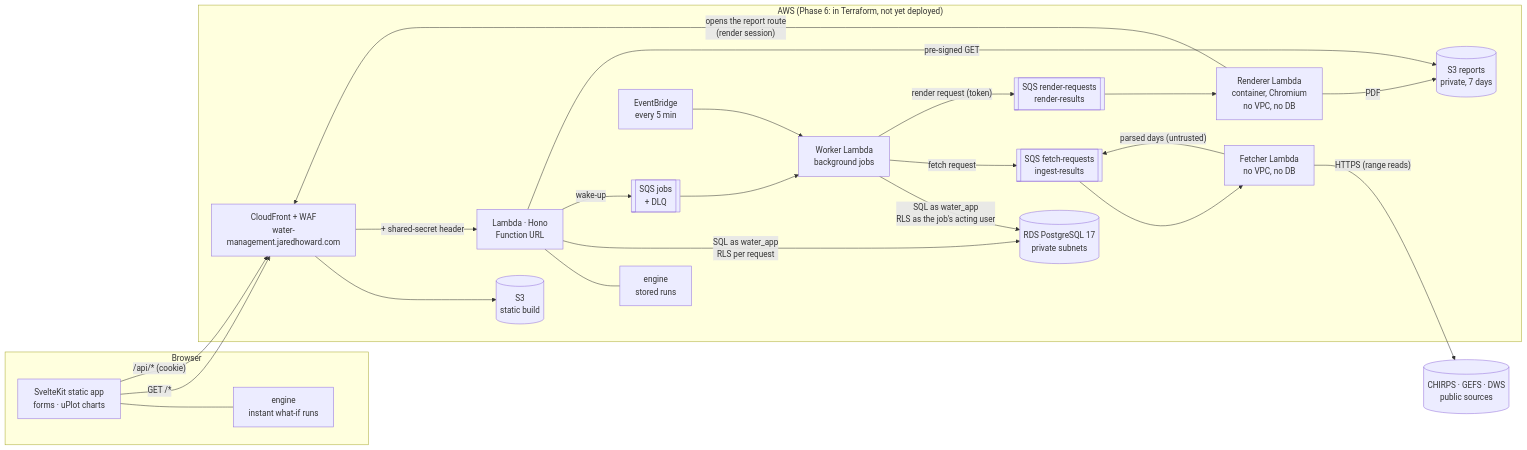
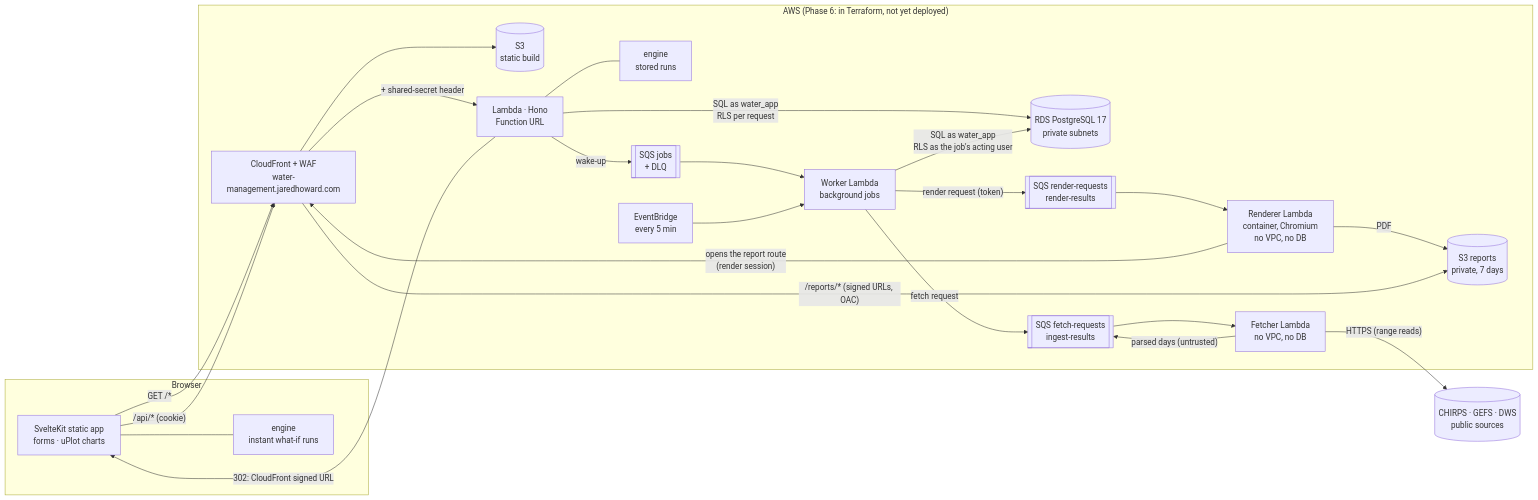
The first of 4 diagrams in docs/architecture.md (Absence0760/project-water-management), drawn with Mermaid before and after one commit. The commit also changed other lines of this file and 5 other files, not shown here.

First line of the commit message:
docs: report downloads go through CloudFront signed URLs

````diff
--- a/docs/architecture.md
+++ b/docs/architecture.md
@@ -10,40 +10,41 @@
 ```mermaid
 flowchart LR
   subgraph Browser
     UI[SvelteKit static app<br/>forms · uPlot charts]
     EB[engine<br/>instant what-if runs]
     UI --- EB
   end
 
   subgraph AWS["AWS (Phase 6: in Terraform, not yet deployed)"]
     CF[CloudFront + WAF<br/>water-management.jaredhoward.com]
     S3[(S3<br/>static build)]
     L[Lambda · Hono<br/>Function URL]
     EL[engine<br/>stored runs]
     DB[(RDS PostgreSQL 17<br/>private subnets)]
     Q[[SQS jobs<br/>+ DLQ]]
     T[EventBridge<br/>every 5 min]
     W[Worker Lambda<br/>background jobs]
     FQ[[SQS fetch-requests<br/>ingest-results]]
     FL[Fetcher Lambda<br/>no VPC, no DB]
     RQ[[SQS render-requests<br/>render-results]]
     RL[Renderer Lambda<br/>container, Chromium<br/>no VPC, no DB]
     RB[(S3 reports<br/>private, 7 days)]
     L --- EL
   end
   SRC[(CHIRPS · GEFS · DWS<br/>public sources)]
 
   UI -- "GET /*" --> CF --> S3
   UI -- "/api/* (cookie)" --> CF -- "+ shared-secret header" --> L
   L -- "SQL as water_app<br/>RLS per request" --> DB
   L -- "wake-up" --> Q --> W
   T --> W
   W -- "SQL as water_app<br/>RLS as the job's acting user" --> DB
   W -- "fetch request" --> FQ --> FL
   FL -- "HTTPS (range reads)" --> SRC
   FL -- "parsed days (untrusted)" --> FQ
   W -- "render request (token)" --> RQ --> RL
   RL -- "opens the report route<br/>(render session)" --> CF
   RL -- "PDF" --> RB
-  L -- "pre-signed GET" --> RB
+  L -- "302: CloudFront signed URL" --> UI
+  CF -- "/reports/* (signed URLs, OAC)" --> RB
 ```
````
